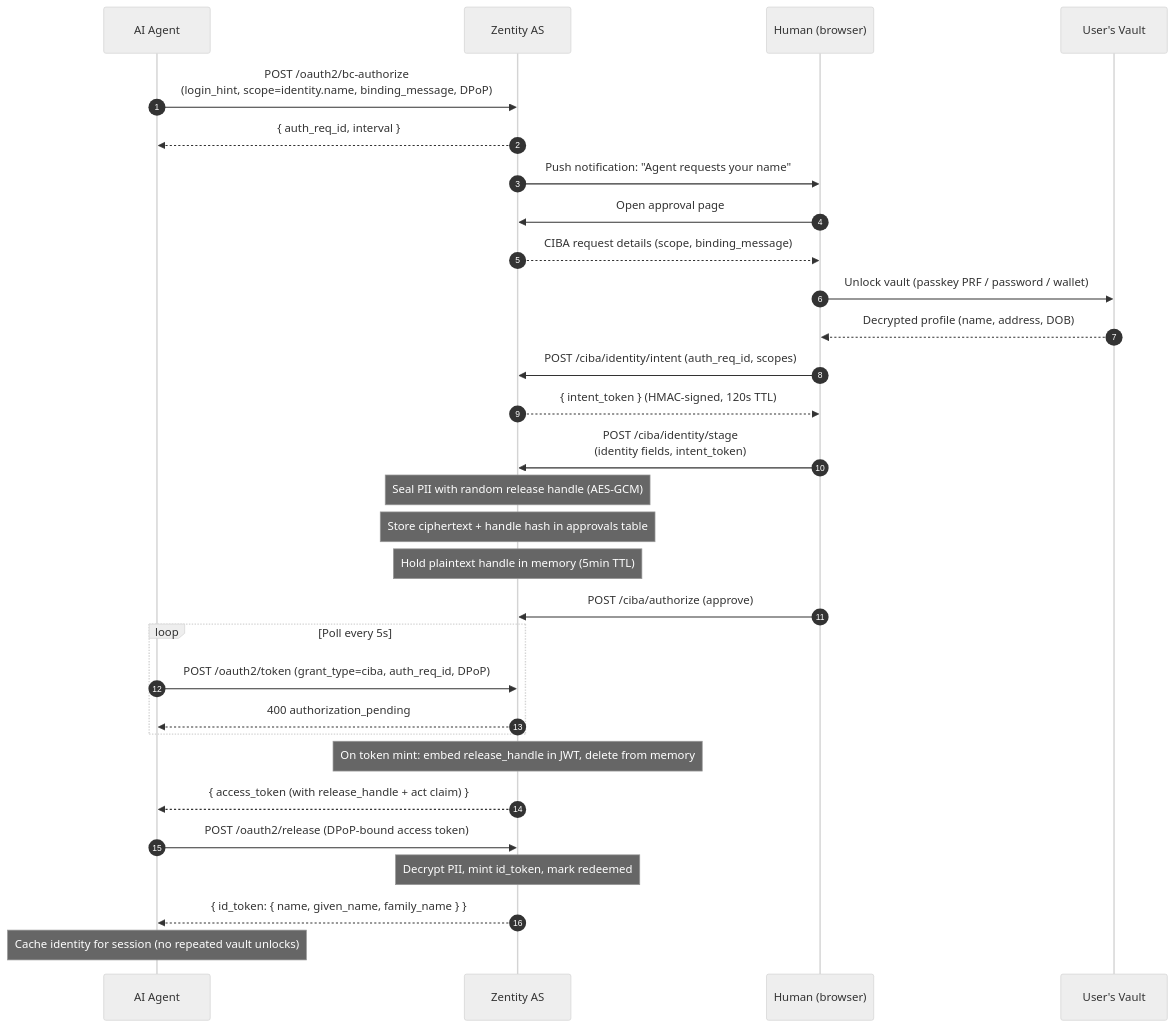
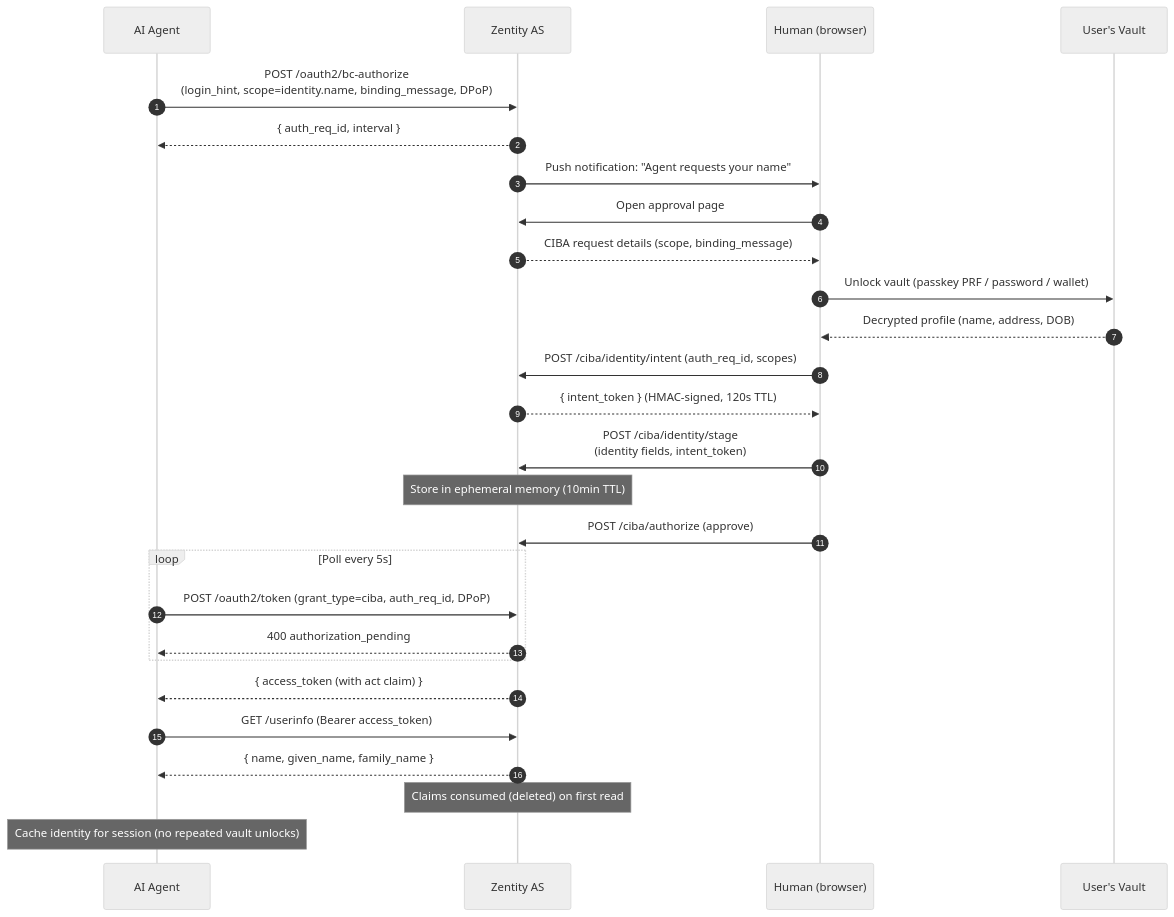
One commit to gustavovalverde/zentity changed the second of 3 diagrams in docs/agentic-authorization.md. Above: the diagram before and after it, drawn with Mermaid (neutral theme). The commit also changed other lines of this file and 8 other files, not shown here.

First line of the commit message:
feat(demo-rp): update PII delivery to userinfo-only model

````diff
--- a/docs/agentic-authorization.md
+++ b/docs/agentic-authorization.md
@@ -153,42 +124,39 @@
 ```mermaid
 sequenceDiagram
   autonumber
   participant Agent as AI Agent
   participant AS as Zentity AS
   participant User as Human (browser)
   participant Vault as User's Vault
 
   Agent->>AS: POST /oauth2/bc-authorize<br/>(login_hint, scope=identity.name, binding_message, DPoP)
   AS-->>Agent: { auth_req_id, interval }
   AS->>User: Push notification: "Agent requests your name"
 
   User->>AS: Open approval page
   AS-->>User: CIBA request details (scope, binding_message)
 
   User->>Vault: Unlock vault (passkey PRF / password / wallet)
   Vault-->>User: Decrypted profile (name, address, DOB)
 
   User->>AS: POST /ciba/identity/intent (auth_req_id, scopes)
   AS-->>User: { intent_token } (HMAC-signed, 120s TTL)
 
   User->>AS: POST /ciba/identity/stage<br/>(identity fields, intent_token)
-  Note over AS: Seal PII with random release handle (AES-GCM)
-  Note over AS: Store ciphertext + handle hash in approvals table
-  Note over AS: Hold plaintext handle in memory (5min TTL)
+  Note over AS: Store in ephemeral memory (10min TTL)
 
   User->>AS: POST /ciba/authorize (approve)
 
   loop Poll every 5s
     Agent->>AS: POST /oauth2/token (grant_type=ciba, auth_req_id, DPoP)
     AS-->>Agent: 400 authorization_pending
   end
 
-  Note over AS: On token mint: embed release_handle in JWT, delete from memory
-  AS-->>Agent: { access_token (with release_handle + act claim) }
+  AS-->>Agent: { access_token (with act claim) }
 
-  Agent->>AS: POST /oauth2/release (DPoP-bound access token)
-  Note over AS: Decrypt PII, mint id_token, mark redeemed
-  AS-->>Agent: { id_token: { name, given_name, family_name } }
+  Agent->>AS: GET /userinfo (Bearer access_token)
+  AS-->>Agent: { name, given_name, family_name }
+  Note over AS: Claims consumed (deleted) on first read
 
   Note over Agent: Cache identity for session (no repeated vault unlocks)
 ```
````
